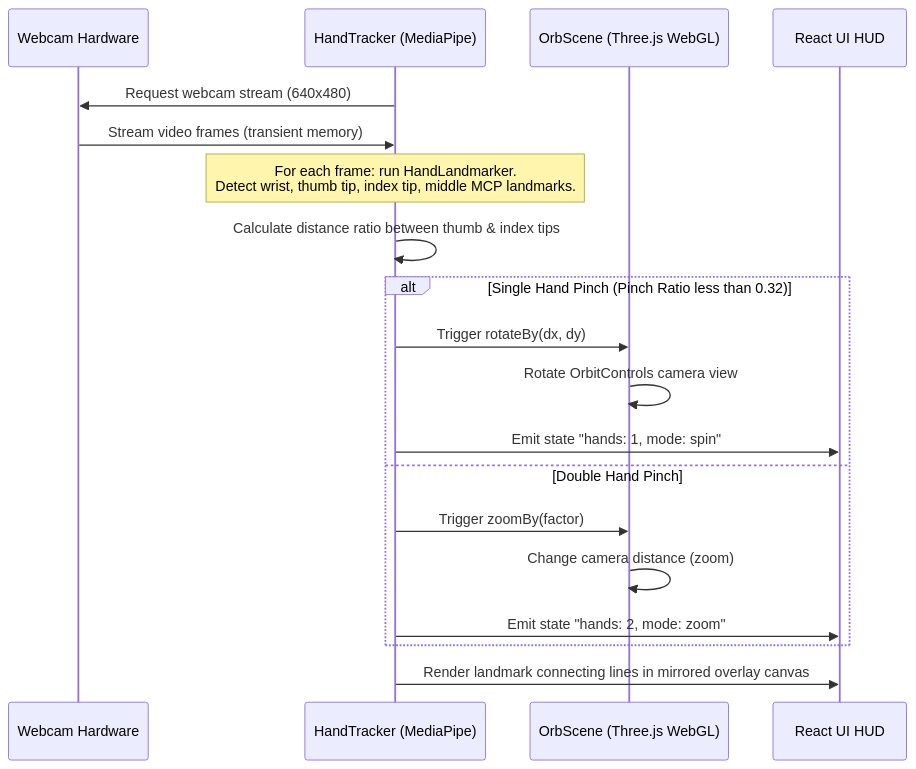
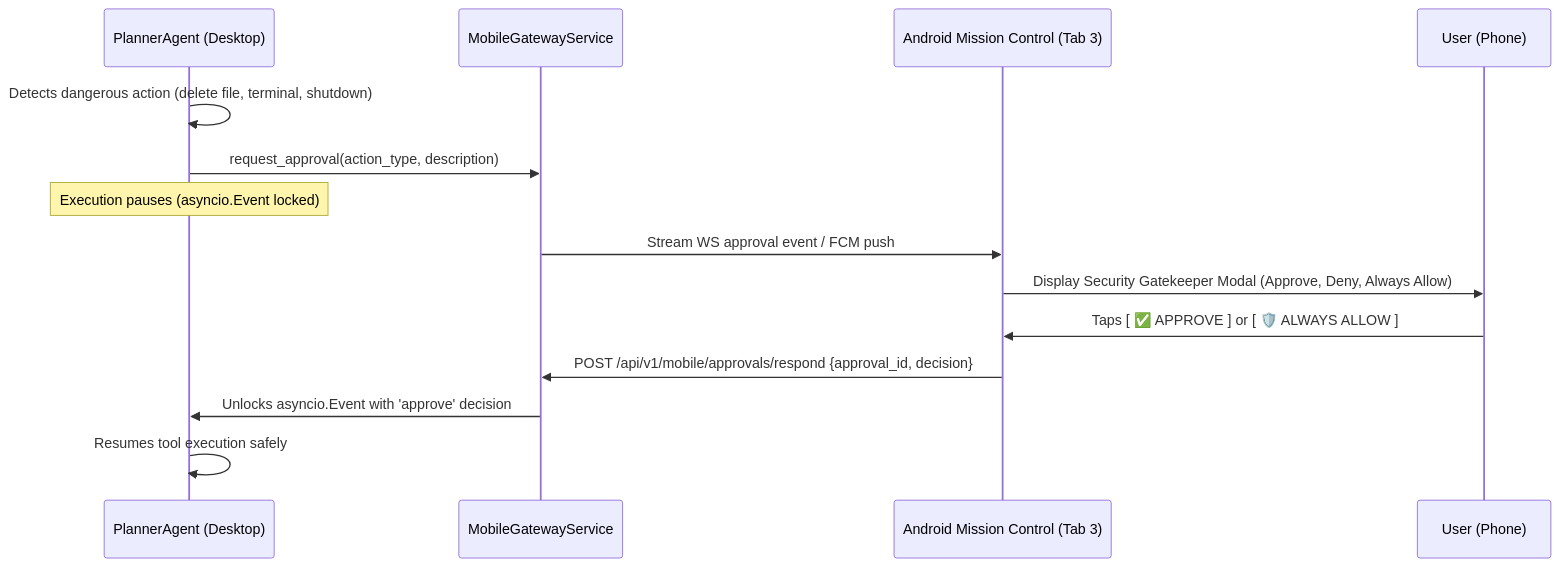
One commit to Ashrit-Raghupatruni/JARVIS changed the third of 4 diagrams in documentations/Appflow.md. Above: the diagram before and after it, drawn with Mermaid. The commit also changed other lines of this file and 53 other files, not shown here.

Commit message:
feat(mobile): transform Android companion into 8-tab Mission Control with Gatekeeper, Voice Speech, and Telemetry

````diff
--- a/documentations/Appflow.md
+++ b/documentations/Appflow.md
@@ -161,22 +56,17 @@
 ```mermaid
 sequenceDiagram
-    participant Cam as Webcam Hardware
-    participant HT as HandTracker (MediaPipe)
-    participant OS as OrbScene (Three.js WebGL)
-    participant UI as React UI HUD
+    participant Planner as PlannerAgent (Desktop)
+    participant Gate as MobileGatewayService
+    participant Phone as Android Mission Control (Tab 3)
+    participant User as User (Phone)
     
-    HT->>Cam: Request webcam stream (640x480)
-    Cam->>HT: Stream video frames (transient memory)
-    Note over HT: For each frame: run HandLandmarker.<br/>Detect wrist, thumb tip, index tip, middle MCP landmarks.
-    HT->>HT: Calculate distance ratio between thumb & index tips
-    alt Single Hand Pinch (Pinch Ratio less than 0.32)
-        HT->>OS: Trigger rotateBy(dx, dy)
-        OS->>OS: Rotate OrbitControls camera view
-        HT->>UI: Emit state "hands: 1, mode: spin"
-    else Double Hand Pinch
-        HT->>OS: Trigger zoomBy(factor)
-        OS->>OS: Change camera distance (zoom)
-        HT->>UI: Emit state "hands: 2, mode: zoom"
-    end
-    HT->>UI: Render landmark connecting lines in mirrored overlay canvas
+    Planner->>Planner: Detects dangerous action (delete file, terminal, shutdown)
+    Planner->>Gate: request_approval(action_type, description)
+    Note over Planner: Execution pauses (asyncio.Event locked)
+    Gate->>Phone: Stream WS approval event / FCM push
+    Phone->>User: Display Security Gatekeeper Modal (Approve, Deny, Always Allow)
+    User->>Phone: Taps [ ✅ APPROVE ] or [ 🛡️ ALWAYS ALLOW ]
+    Phone->>Gate: POST /api/v1/mobile/approvals/respond {approval_id, decision}
+    Gate->>Planner: Unlocks asyncio.Event with 'approve' decision
+    Planner->>Planner: Resumes tool execution safely
 ```
````
